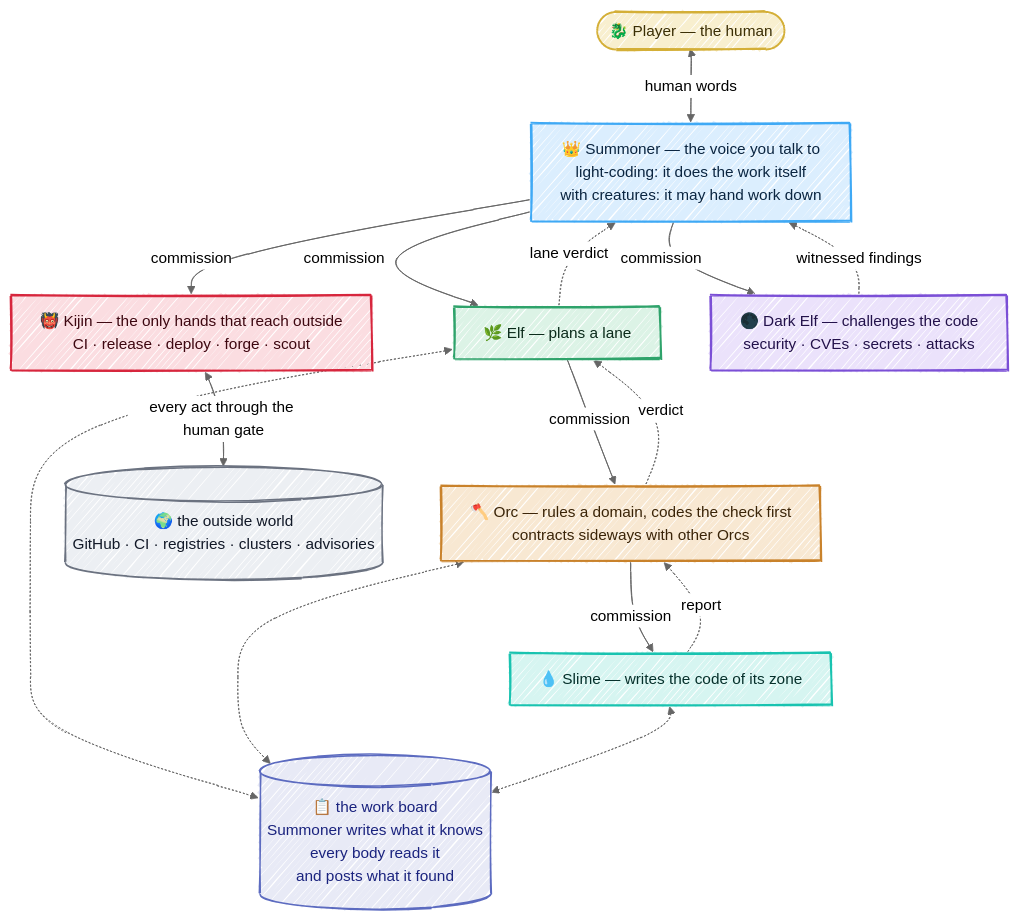
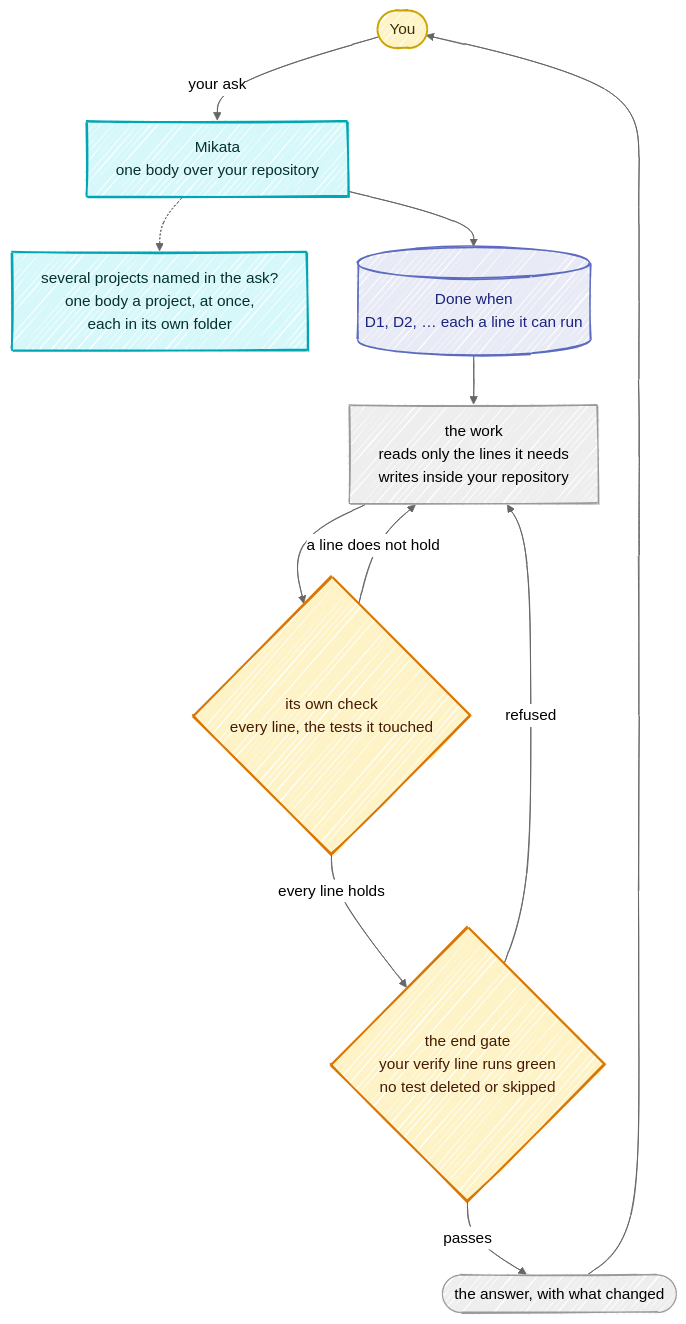
The first of 2 diagrams in docs/01-overview.md (Kaginari/mikata), drawn with Mermaid before and after one commit. The commit also changed other lines of this file and 68 other files, not shown here.

````diff
--- a/docs/01-overview.md
+++ b/docs/01-overview.md
@@ -15,50 +15,35 @@
 ```mermaid
 ---
 config:
   look: handDrawn
   theme: neutral
   flowchart:
     wrappingWidth: 360
 ---
 flowchart TD
-    V(["🐉 Player — the human"])
-    R["👑 Summoner — the voice you talk to<br/>light-coding: it does the work itself<br/>with creatures: it may hand work down"]
-    E["🌿 Elf — plans a lane"]
-    O["🪓 Orc — rules a domain, codes the check first<br/>contracts sideways with other Orcs"]
-    S["💧 Slime — writes the code of its zone"]
-    B[("📋 the work board<br/>Summoner writes what it knows<br/>every body reads it<br/>and posts what it found")]
-    K["👹 Kijin — the only hands that reach outside<br/>CI · release · deploy · forge · scout"]
-    D["🌑 Dark Elf — challenges the code<br/>security · CVEs · secrets · attacks"]
-    OUT[("🌍 the outside world<br/>GitHub · CI · registries · clusters · advisories")]
+    V(["You"])
+    M["Mikata<br/>one body over your repository"]
+    P["several projects named in the ask?<br/>one body a project, at once,<br/>each in its own folder"]
+    L[("Done when<br/>D1, D2, … each a line it can run")]
+    W["the work<br/>reads only the lines it needs<br/>writes inside your repository"]
+    C{"its own check<br/>every line, the tests it touched"}
+    G{"the end gate<br/>your verify line runs green<br/>no test deleted or skipped"}
+    A(["the answer, with what changed"])
 
-    V <-->|human words| R
-    R -->|commission| E
-    E -->|commission| O
-    O -->|commission| S
-    R -->|commission| K
-    R -->|commission| D
-    K <-->|every act through the human gate| OUT
-    D -.->|witnessed findings| R
-    S -.->|report| O -.->|verdict| E -.->|lane verdict| R
-    E <-.-> B
-    O <-.-> B
-    S <-.-> B
-    classDef human fill:#f8efcf,stroke:#D4AF37,stroke-width:2px,color:#3a2e05
-    class V human
-    classDef throne fill:#dbeefe,stroke:#3FA9F5,stroke-width:2px,color:#0b2540
-    class R throne
-    classDef elf fill:#dcf3e6,stroke:#2FA36B,stroke-width:2px,color:#0b2a1a
-    class E elf
-    classDef orc fill:#f8e8d2,stroke:#C9822B,stroke-width:2px,color:#3a2408
-    class O orc
-    classDef slime fill:#d6f5f1,stroke:#19C3B0,stroke-width:2px,color:#06302b
-    class S slime
-    classDef kijin fill:#fbdde1,stroke:#D7263D,stroke-width:2px,color:#3d0710
-    class K kijin
-    classDef dark fill:#ebe2fb,stroke:#7B4FD6,stroke-width:2px,color:#22114a
-    class D dark
-    classDef outside fill:#eceff3,stroke:#6b7280,stroke-width:1.5px,color:#111827
-    class OUT outside
+    V -->|your ask| M
+    M -.-> P
+    M --> L --> W --> C
+    C -->|a line does not hold| W
+    C -->|every line holds| G
+    G -->|refused| W
+    G -->|passes| A
+    A --> V
+    classDef you fill:#fdf3c4,stroke:#c9a400,stroke-width:2px,color:#3a2e05
+    class V you
+    classDef mikata fill:#d7f8fb,stroke:#00a7b3,stroke-width:2px,color:#06302b
+    class M,P mikata
     classDef store fill:#e8eaf6,stroke:#5c6bc0,stroke-width:1.5px,color:#1a237e
-    class B store
+    class L store
+    classDef gate fill:#fef3c7,stroke:#d97706,stroke-width:2px,color:#451a03
+    class C,G gate
 ```
````
